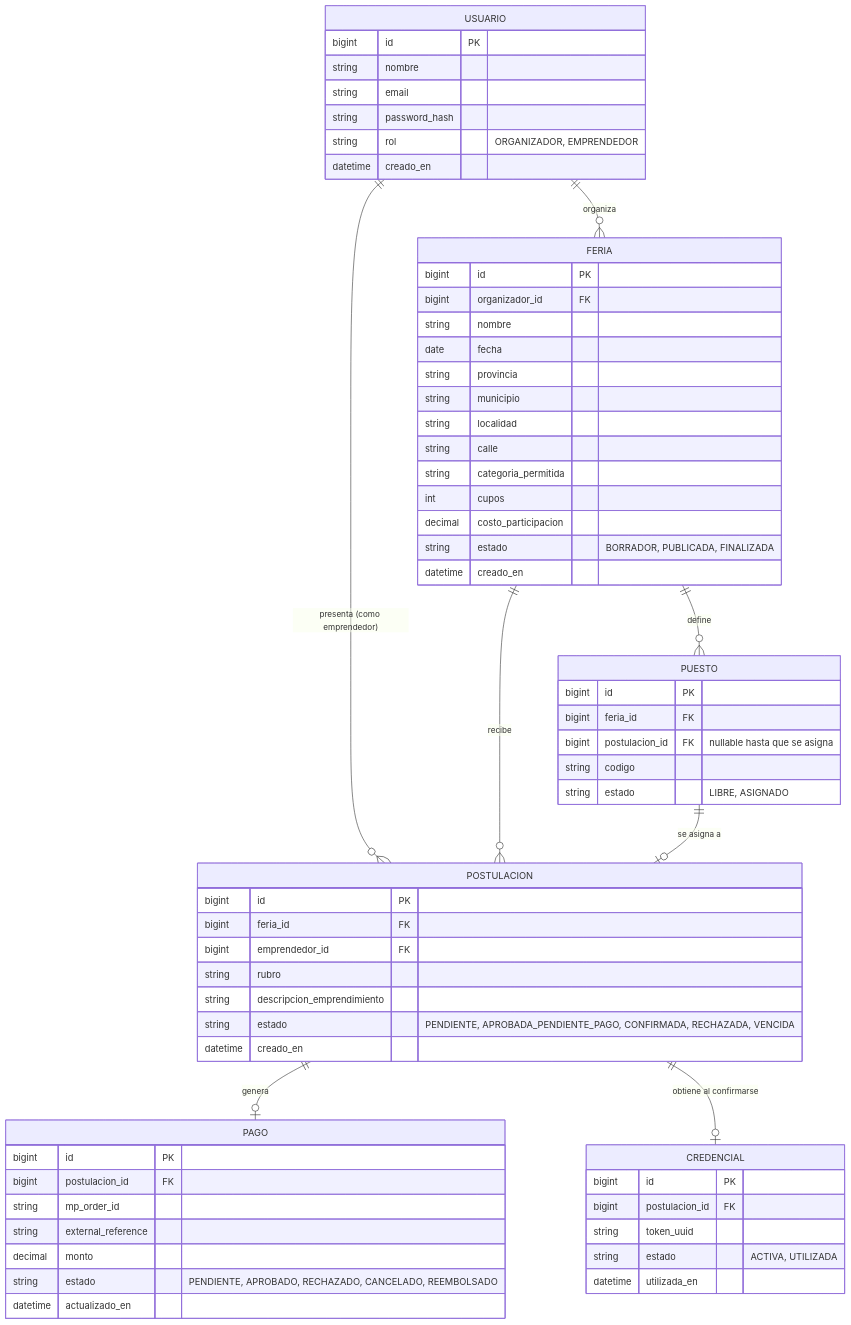
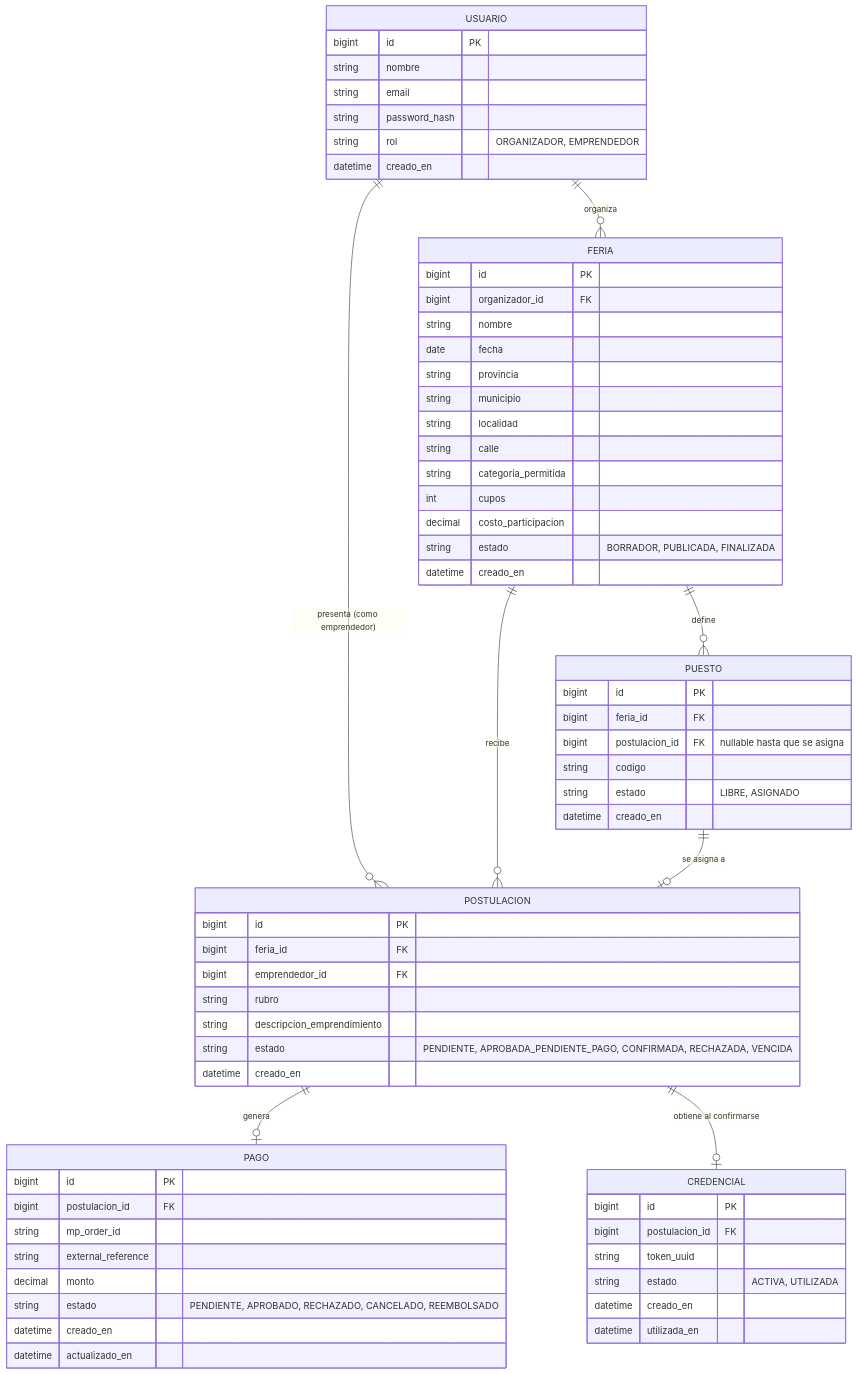
Before and after one commit to isierra93/FeriaConecta: the diagram in database/diagrama-er.md, drawn with Mermaid. The commit also changed other lines of this file, not shown here.

Commit message:
database: sincroniza diagrama-er.md con creado_en y nota de cierre

````diff
--- a/database/diagrama-er.md
+++ b/database/diagrama-er.md
@@ -5,71 +5,74 @@
 ```mermaid
 erDiagram
     USUARIO ||--o{ FERIA : "organiza"
     USUARIO ||--o{ POSTULACION : "presenta (como emprendedor)"
     FERIA ||--o{ POSTULACION : "recibe"
     FERIA ||--o{ PUESTO : "define"
     POSTULACION ||--o| PAGO : "genera"
     POSTULACION ||--o| CREDENCIAL : "obtiene al confirmarse"
     PUESTO ||--o| POSTULACION : "se asigna a"
 
     USUARIO {
         bigint id PK
         string nombre
         string email
         string password_hash
         string rol "ORGANIZADOR, EMPRENDEDOR"
         datetime creado_en
     }
 
     FERIA {
         bigint id PK
         bigint organizador_id FK
         string nombre
         date fecha
         string provincia
         string municipio
         string localidad
         string calle
         string categoria_permitida
         int cupos
         decimal costo_participacion
         string estado "BORRADOR, PUBLICADA, FINALIZADA"
         datetime creado_en
     }
 
     POSTULACION {
         bigint id PK
         bigint feria_id FK
         bigint emprendedor_id FK
         string rubro
         string descripcion_emprendimiento
         string estado "PENDIENTE, APROBADA_PENDIENTE_PAGO, CONFIRMADA, RECHAZADA, VENCIDA"
         datetime creado_en
     }
 
     PAGO {
         bigint id PK
         bigint postulacion_id FK
         string mp_order_id
         string external_reference
         decimal monto
         string estado "PENDIENTE, APROBADO, RECHAZADO, CANCELADO, REEMBOLSADO"
+        datetime creado_en
         datetime actualizado_en
     }
 
     CREDENCIAL {
         bigint id PK
         bigint postulacion_id FK
         string token_uuid
         string estado "ACTIVA, UTILIZADA"
+        datetime creado_en
         datetime utilizada_en
     }
 
     PUESTO {
         bigint id PK
         bigint feria_id FK
         bigint postulacion_id FK "nullable hasta que se asigna"
         string codigo
         string estado "LIBRE, ASIGNADO"
+        datetime creado_en
     }
 ```
````
